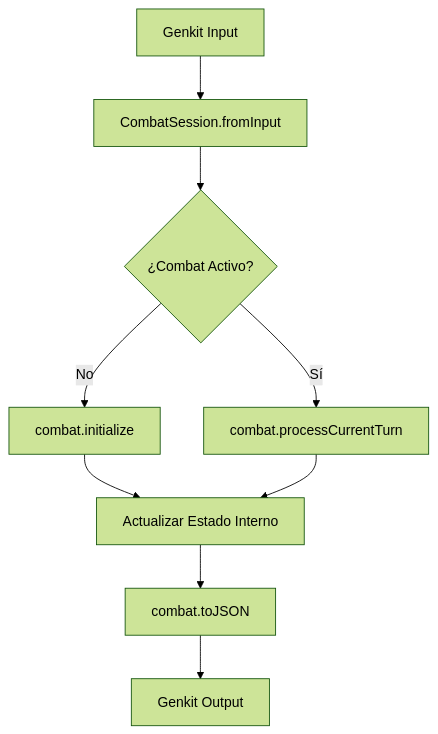
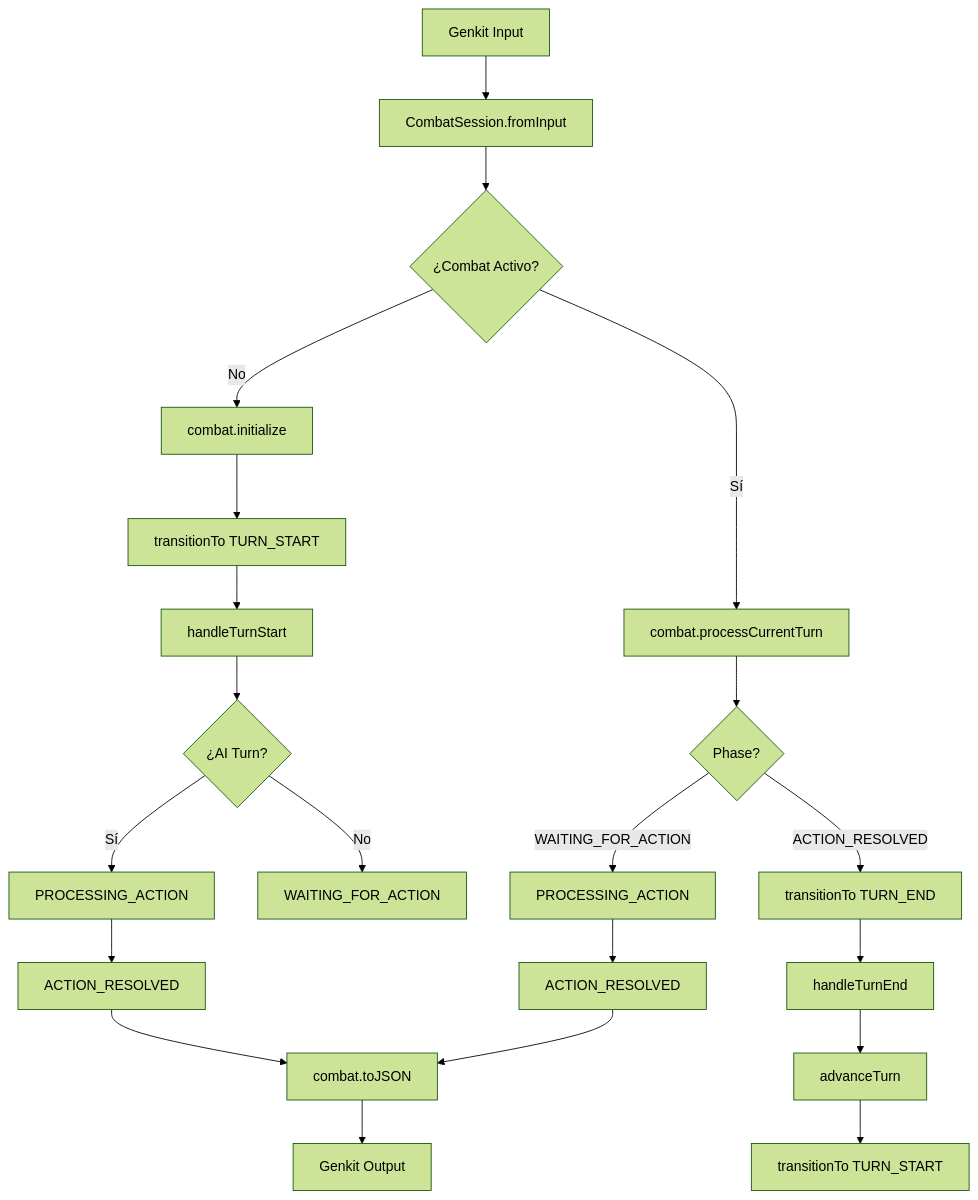
Before and after one commit to gaellendoiro-droid/DnD-Adventures-AI: the second of 2 diagrams in docs/arquitectura/combat-session-design.md, drawn with Mermaid (forest theme). The commit also changed other lines of this file and 55 other files, not shown here.

````diff
--- a/docs/arquitectura/combat-session-design.md
+++ b/docs/arquitectura/combat-session-design.md
@@ -75,11 +103,23 @@
 ```mermaid
 graph TD
     A[Genkit Input] --> B[CombatSession.fromInput]
     B --> C{¿Combat Activo?}
     C -->|No| D[combat.initialize]
     C -->|Sí| E[combat.processCurrentTurn]
-    D --> F[Actualizar Estado Interno]
-    E --> F
-    F --> G[combat.toJSON]
-    G --> H[Genkit Output]
+    D --> D1[transitionTo TURN_START]
+    D1 --> D2[handleTurnStart]
+    D2 --> D3{¿AI Turn?}
+    D3 -->|Sí| D4[PROCESSING_ACTION]
+    D3 -->|No| D5[WAITING_FOR_ACTION]
+    D4 --> D6[ACTION_RESOLVED]
+    E --> E1{Phase?}
+    E1 -->|ACTION_RESOLVED| E2[transitionTo TURN_END]
+    E1 -->|WAITING_FOR_ACTION| E3[PROCESSING_ACTION]
+    E2 --> E4[handleTurnEnd]
+    E4 --> E5[advanceTurn]
+    E5 --> E6[transitionTo TURN_START]
+    E3 --> E7[ACTION_RESOLVED]
+    D6 --> F[combat.toJSON]
+    E7 --> F
+    F --> G[Genkit Output]
 ```
````
